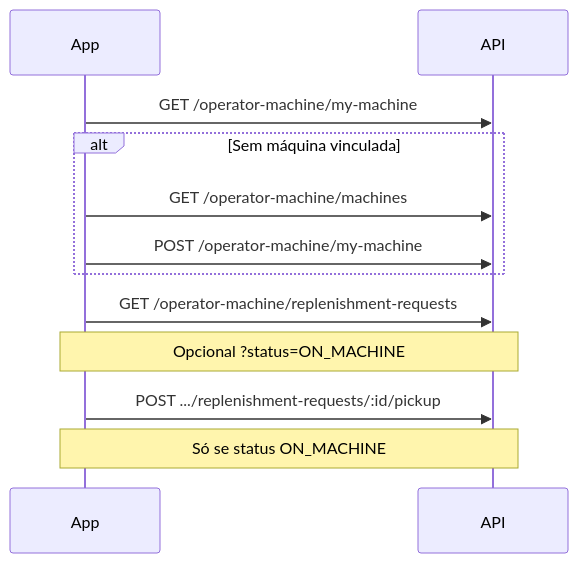
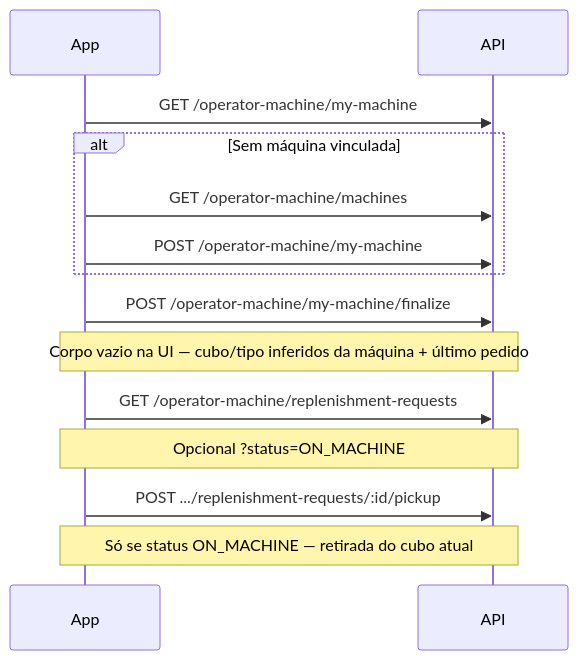
The second of 3 diagrams in back-end/docs/FLUXOS_TELAS_FRONTEND.md (Pedertractor/project-forklift-flow), drawn with Mermaid before and after one commit. The commit also changed other lines of this file and 63 other files, not shown here.

First line of the commit message:
Implement new endpoints for machine replenishment and finalize production cycle

````diff
--- a/back-end/docs/FLUXOS_TELAS_FRONTEND.md
+++ b/back-end/docs/FLUXOS_TELAS_FRONTEND.md
@@ -118,14 +171,16 @@
 ```mermaid
 sequenceDiagram
   participant T as App
   participant API as API
   T->>API: GET /operator-machine/my-machine
   alt Sem máquina vinculada
     T->>API: GET /operator-machine/machines
     T->>API: POST /operator-machine/my-machine
   end
+  T->>API: POST /operator-machine/my-machine/finalize
+  Note over T,API: Corpo vazio na UI — cubo/tipo inferidos da máquina + último pedido
   T->>API: GET /operator-machine/replenishment-requests
   Note over T,API: Opcional ?status=ON_MACHINE
   T->>API: POST .../replenishment-requests/:id/pickup
-  Note over T,API: Só se status ON_MACHINE
+  Note over T,API: Só se status ON_MACHINE — retirada do cubo atual
 ```
````
